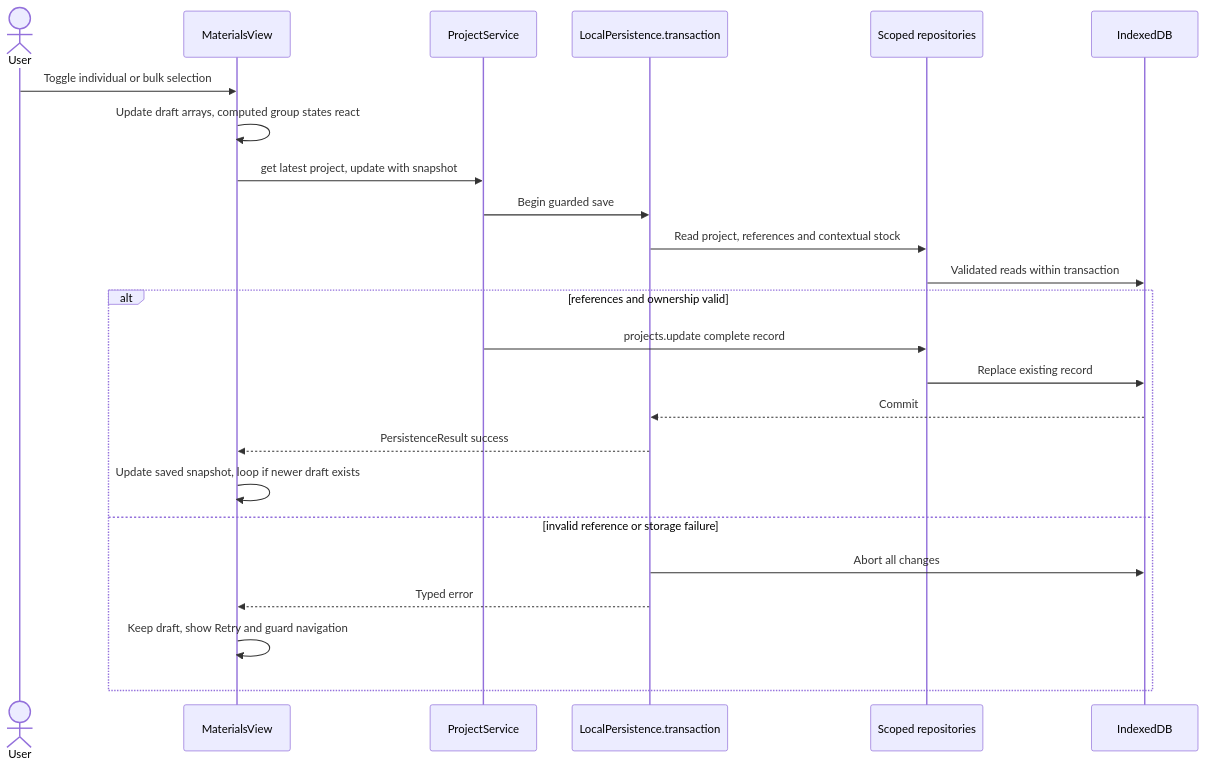
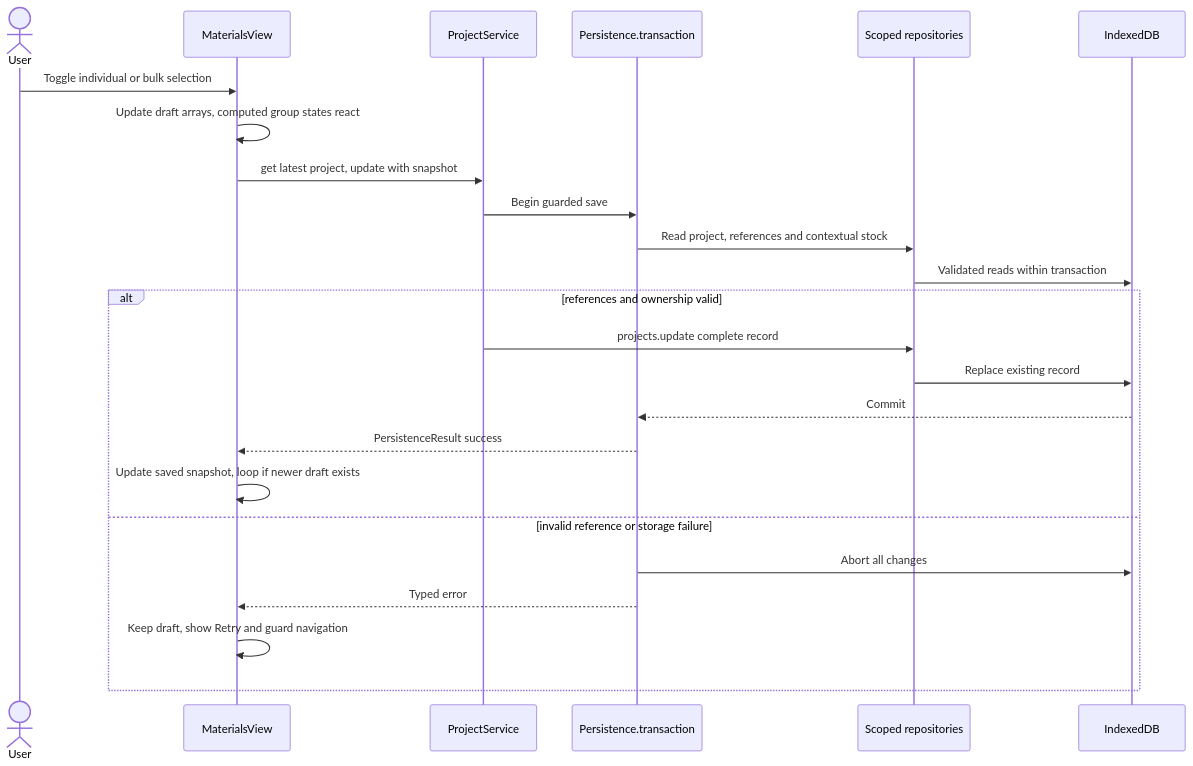
One commit to tanguy-rdt/opticutlist changed the seventh of 7 diagrams in docs/architecture.md. Above: the diagram before and after it, drawn with Mermaid. The commit also changed other lines of this file and 20 other files, not shown here.

````diff
--- a/docs/architecture.md
+++ b/docs/architecture.md
@@ -202,26 +202,26 @@
 ```mermaid
 sequenceDiagram
   actor User
   participant View as MaterialsView
   participant Service as ProjectService
-  participant Tx as LocalPersistence.transaction
+  participant Tx as Persistence.transaction
   participant Repo as Scoped repositories
   participant DB as IndexedDB
   User->>View: Toggle individual or bulk selection
   View->>View: Update draft arrays, computed group states react
   View->>Service: get latest project, update with snapshot
   Service->>Tx: Begin guarded save
   Tx->>Repo: Read project, references and contextual stock
   Repo->>DB: Validated reads within transaction
   alt references and ownership valid
     Service->>Repo: projects.update complete record
     Repo->>DB: Replace existing record
     DB-->>Tx: Commit
     Tx-->>View: PersistenceResult success
     View->>View: Update saved snapshot, loop if newer draft exists
   else invalid reference or storage failure
     Tx->>DB: Abort all changes
     Tx-->>View: Typed error
     View->>View: Keep draft, show Retry and guard navigation
   end
 ```
````
